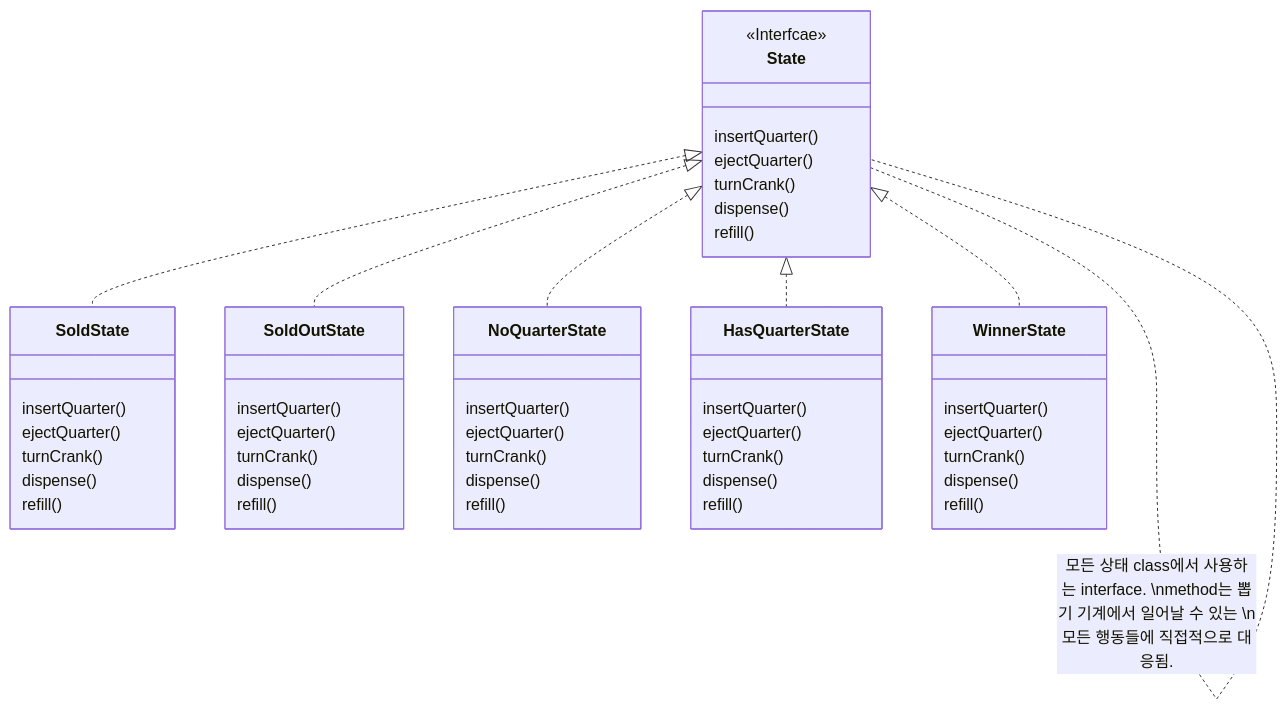
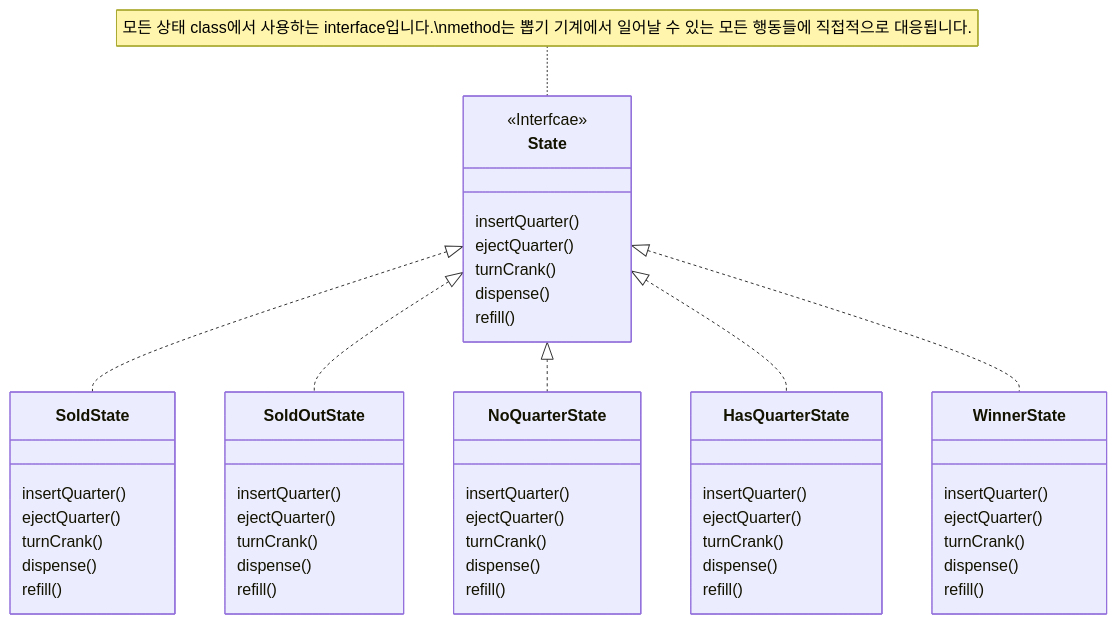
Before and after one commit to choesimin/choesimin.github.io: the third of 3 diagrams in _notes/design-pattern/state-pattern.md, drawn with Mermaid. The commit also changed other lines of this file and 2 other files, not shown here.

````diff
--- a/_notes/design-pattern/state-pattern.md
+++ b/_notes/design-pattern/state-pattern.md
@@ -125,62 +137,62 @@
 ```mermaid
 classDiagram
 
 class State {
     <<Interfcae>>
     insertQuarter()
     ejectQuarter()
     turnCrank()
     dispense()
     refill()
 }
 
 class SoldState {
     insertQuarter()
     ejectQuarter()
     turnCrank()
     dispense()
     refill()
 }
 
 class SoldOutState {
     insertQuarter()
     ejectQuarter()
     turnCrank()
     dispense()
     refill()
 }
 
 class NoQuarterState {
     insertQuarter()
     ejectQuarter()
     turnCrank()
     dispense()
     refill()
 }
 
 class HasQuarterState {
     insertQuarter()
     ejectQuarter()
     turnCrank()
     dispense()
     refill()
 }
 
 class WinnerState {
     insertQuarter()
     ejectQuarter()
     turnCrank()
     dispense()
     refill()
 }
 
 
 State <|.. SoldState
 State <|.. SoldOutState
 State <|.. NoQuarterState
 State <|.. HasQuarterState
 State <|.. WinnerState
 
 
-State .. State : 모든 상태 class에서 사용하는 interface. \nmethod는 뽑기 기계에서 일어날 수 있는 \n모든 행동들에 직접적으로 대응됨.
+note for State "모든 상태 class에서 사용하는 interface입니다.\nmethod는 뽑기 기계에서 일어날 수 있는 모든 행동들에 직접적으로 대응됩니다."
 ```
````
